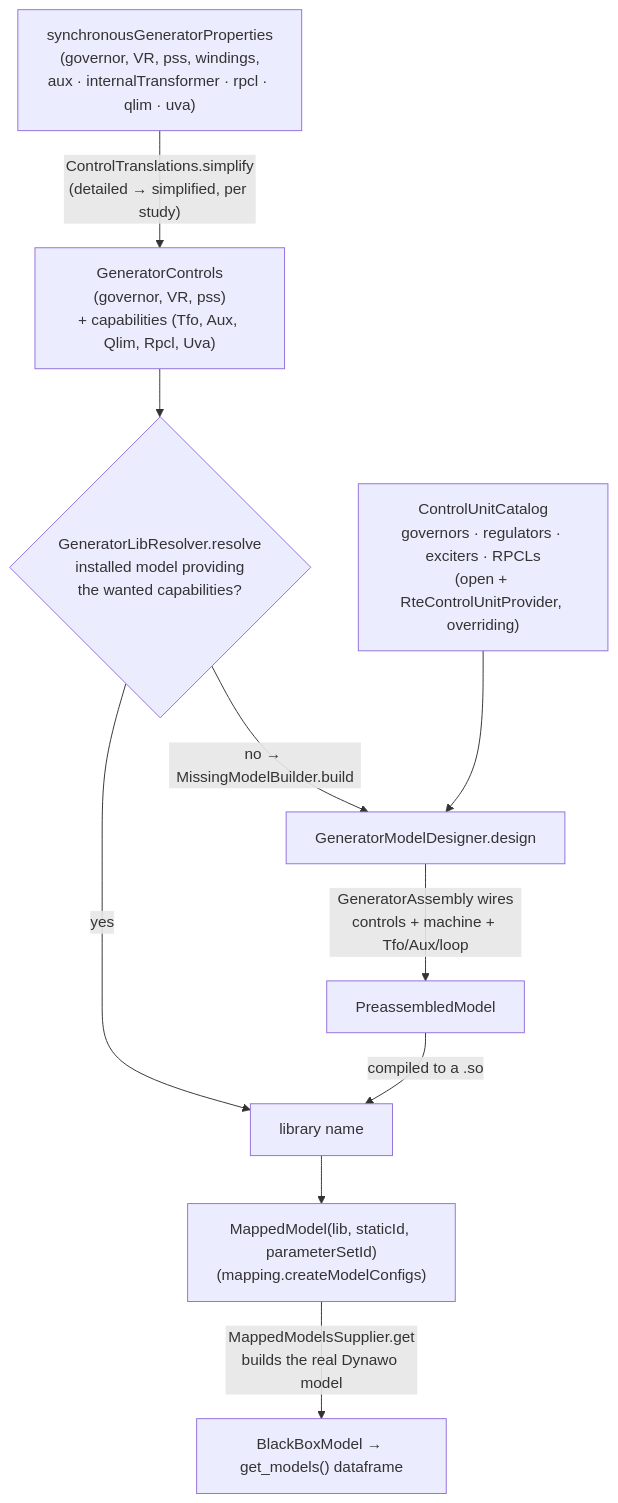
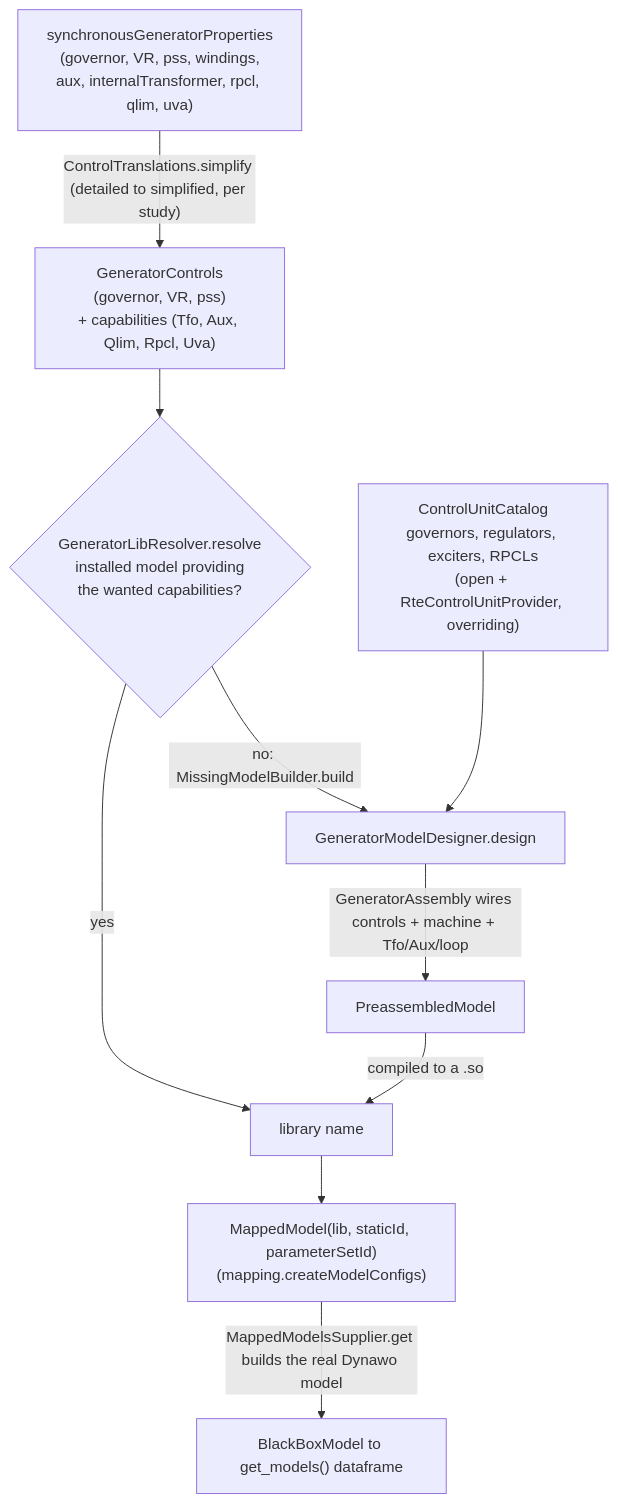
Before and after one commit to gautierbureau/powsybl-dynawo: the diagram in dynawo-mappings/docs/generator-model-resolution.md, drawn with Mermaid. The commit also changed 1 other file, not shown here.

Commit message:
Fix the generator-model-resolution flowchart to render in strict Mermaid
Replace the unicode arrows and middle-dots in the diagram labels and move
the line breaks out of the edge labels, so the Mermaid flowchart renders in
IDE previews that parse strictly. Ignore the locally-rendered PNG.

````diff
--- a/dynawo-mappings/docs/generator-model-resolution.md
+++ b/dynawo-mappings/docs/generator-model-resolution.md
@@ -27,13 +27,13 @@
 ```mermaid
 flowchart TD
-    EXT["synchronousGeneratorProperties<br/>(governor, VR, pss, windings,<br/>aux · internalTransformer · rpcl · qlim · uva)"]
-    EXT -->|"ControlTranslations.simplify<br/>(detailed → simplified, per study)"| CTRL["GeneratorControls<br/>(governor, VR, pss)<br/>+ capabilities (Tfo, Aux, Qlim, Rpcl, Uva)"]
+    EXT["synchronousGeneratorProperties<br/>(governor, VR, pss, windings,<br/>aux, internalTransformer, rpcl, qlim, uva)"]
+    EXT -->|"ControlTranslations.simplify (detailed to simplified, per study)"| CTRL["GeneratorControls<br/>(governor, VR, pss)<br/>+ capabilities (Tfo, Aux, Qlim, Rpcl, Uva)"]
     CTRL --> RES{"GeneratorLibResolver.resolve<br/>installed model providing<br/>the wanted capabilities?"}
     RES -->|yes| LIB["library name"]
-    RES -->|"no → MissingModelBuilder.build"| DES["GeneratorModelDesigner.design"]
-    CAT["ControlUnitCatalog<br/>governors · regulators · exciters · RPCLs<br/>(open + RteControlUnitProvider, overriding)"] --> DES
-    DES -->|"GeneratorAssembly wires<br/>controls + machine + Tfo/Aux/loop"| PM["PreassembledModel"]
+    RES -->|"no: MissingModelBuilder.build"| DES["GeneratorModelDesigner.design"]
+    CAT["ControlUnitCatalog<br/>governors, regulators, exciters, RPCLs<br/>(open + RteControlUnitProvider, overriding)"] --> DES
+    DES -->|"GeneratorAssembly wires controls + machine + Tfo/Aux/loop"| PM["PreassembledModel"]
     PM -->|"compiled to a .so"| LIB
     LIB --> MM["MappedModel(lib, staticId, parameterSetId)<br/>(mapping.createModelConfigs)"]
-    MM -->|"MappedModelsSupplier.get<br/>builds the real Dynawo model"| BBM["BlackBoxModel → get_models() dataframe"]
+    MM -->|"MappedModelsSupplier.get builds the real Dynawo model"| BBM["BlackBoxModel to get_models() dataframe"]
 ```
````
